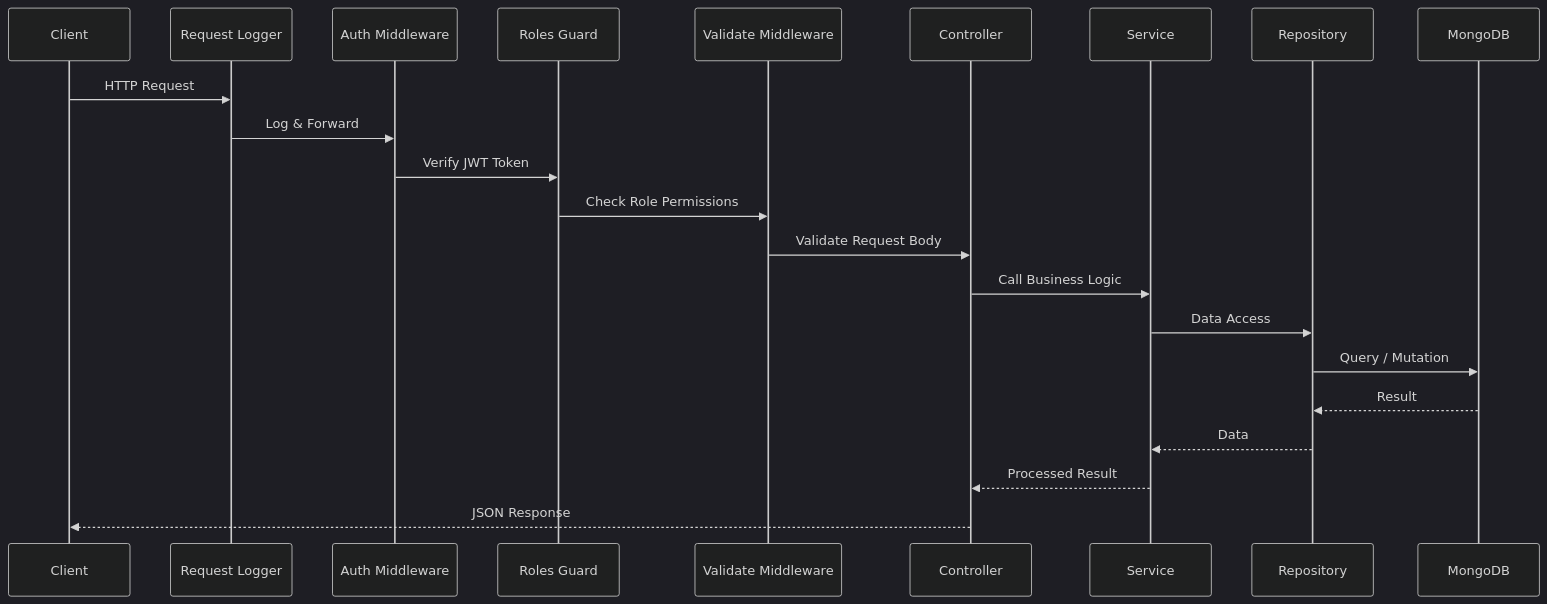
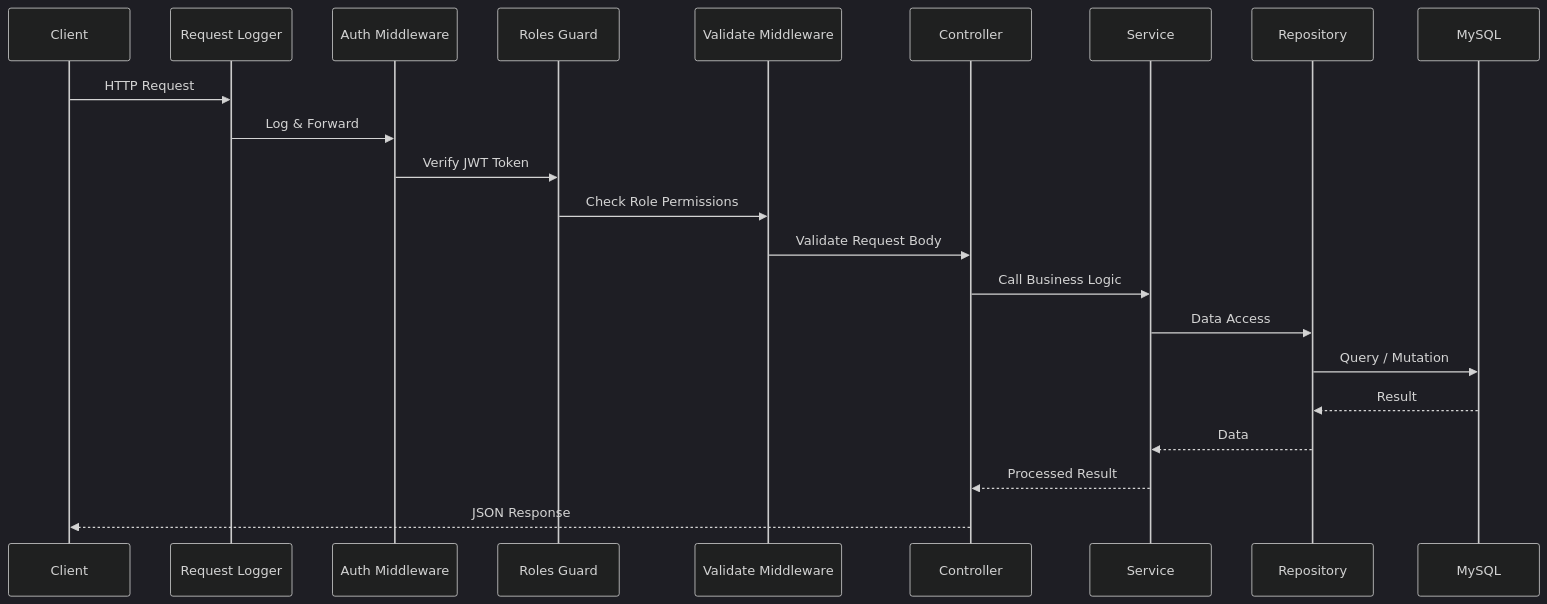
One commit to amulyamandala/odoo-hackseye-hackathon changed the second of 5 diagrams in backend/SYSTEM_DESIGN.md. Above: the diagram before and after it, drawn with Mermaid (dark theme). The commit also changed other lines of this file and 305 other files, not shown here.

````diff
--- a/backend/SYSTEM_DESIGN.md
+++ b/backend/SYSTEM_DESIGN.md
@@ -39,25 +39,25 @@
 ```mermaid
 sequenceDiagram
     participant C as Client
     participant RL as Request Logger
     participant AM as Auth Middleware
     participant RG as Roles Guard
     participant VM as Validate Middleware
     participant CT as Controller
     participant SV as Service
     participant RP as Repository
-    participant DB as MongoDB
+    participant DB as MySQL
 
     C->>RL: HTTP Request
     RL->>AM: Log & Forward
     AM->>RG: Verify JWT Token
     RG->>VM: Check Role Permissions
     VM->>CT: Validate Request Body
     CT->>SV: Call Business Logic
     SV->>RP: Data Access
     RP->>DB: Query / Mutation
     DB-->>RP: Result
     RP-->>SV: Data
     SV-->>CT: Processed Result
     CT-->>C: JSON Response
 ```
````
